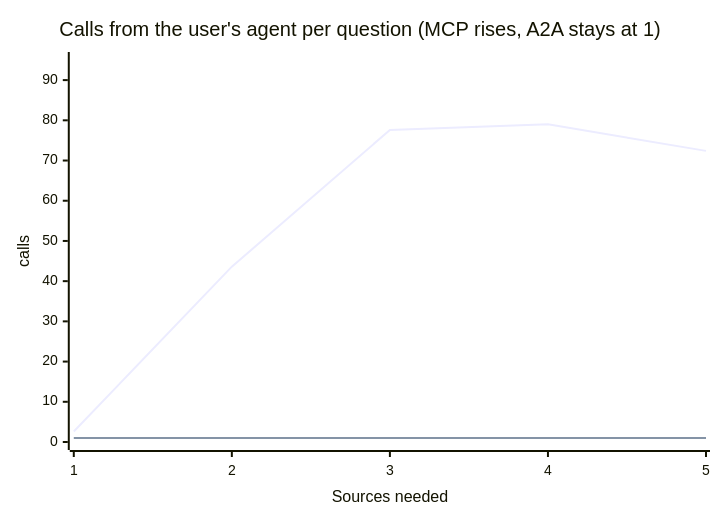
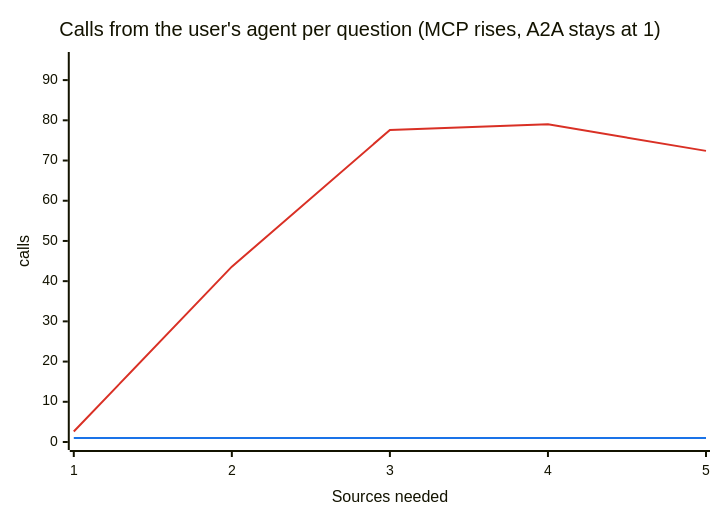
The second of 2 diagrams in docs/report.md (msampathkumar/a2a-mcp-warehouse-demo), drawn with Mermaid before and after one commit. The commit also changed other lines of this file and 4 other files, not shown here.

First line of the commit message:
docs: red/blue line colors for MCP vs A2A charts; add architecture diagram to README

````diff
--- a/docs/report.md
+++ b/docs/report.md
@@ -62,8 +62,9 @@
 ```mermaid
+%%{init: {"themeVariables": {"xyChart": {"plotColorPalette": "#d93025, #1a73e8"}}}}%%
 xychart-beta
     title "Calls from the user's agent per question (MCP rises, A2A stays at 1)"
     x-axis "Sources needed" ["1", "2", "3", "4", "5"]
     y-axis "calls" 0 --> 95
     line [2.6, 43.6, 77.6, 79.0, 72.4]
     line [1.0, 1.0, 1.0, 1.0, 1.0]
 ```
````
